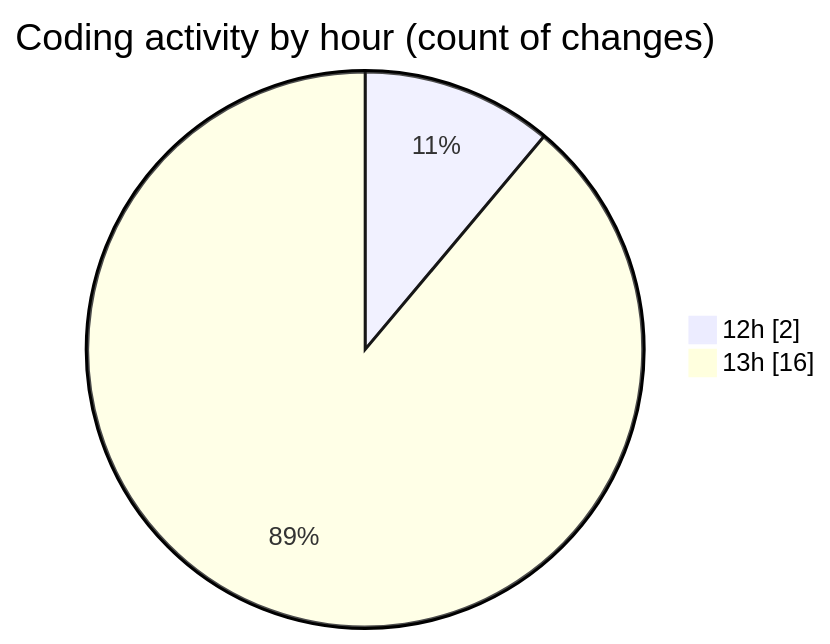
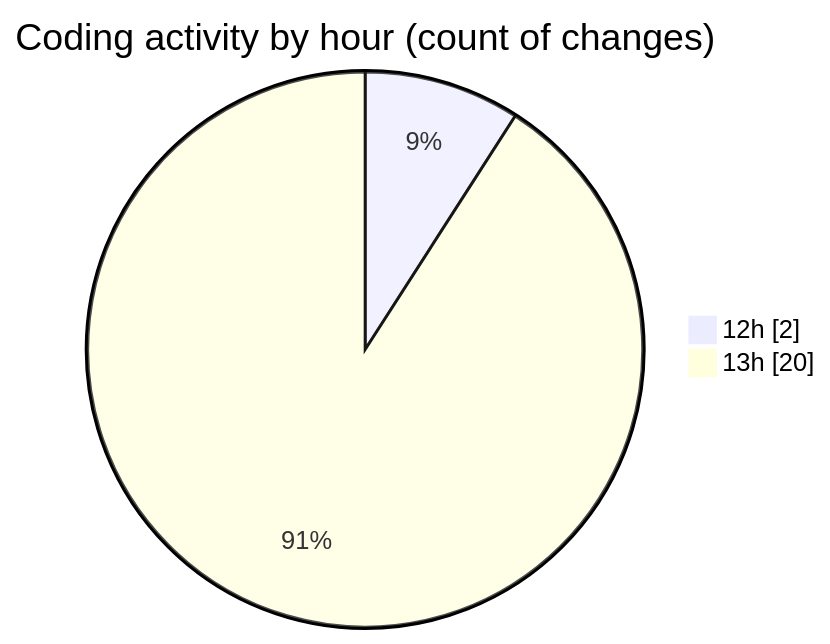
One commit to idhammustaqopulfikri/code-tracking changed the second of 2 diagrams in 2025-06-20/studio-backend/README.md. Above: the diagram before and after it, drawn with Mermaid. The commit also changed other lines of this file and 1 other file, not shown here.

````diff
--- a/2025-06-20/studio-backend/README.md
+++ b/2025-06-20/studio-backend/README.md
@@ -31,6 +31,6 @@
 ```mermaid
 pie showData
 title Coding activity by hour (count of changes)
 "12h" : 2
-"13h" : 16
+"13h" : 20
 ```
````
